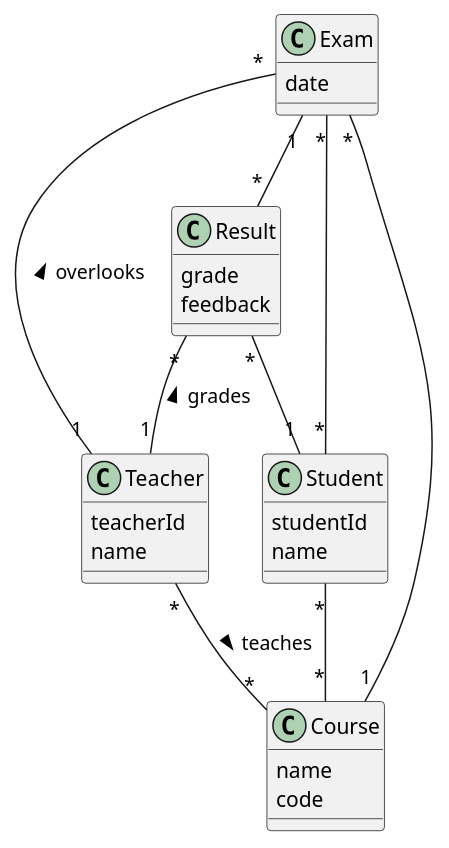
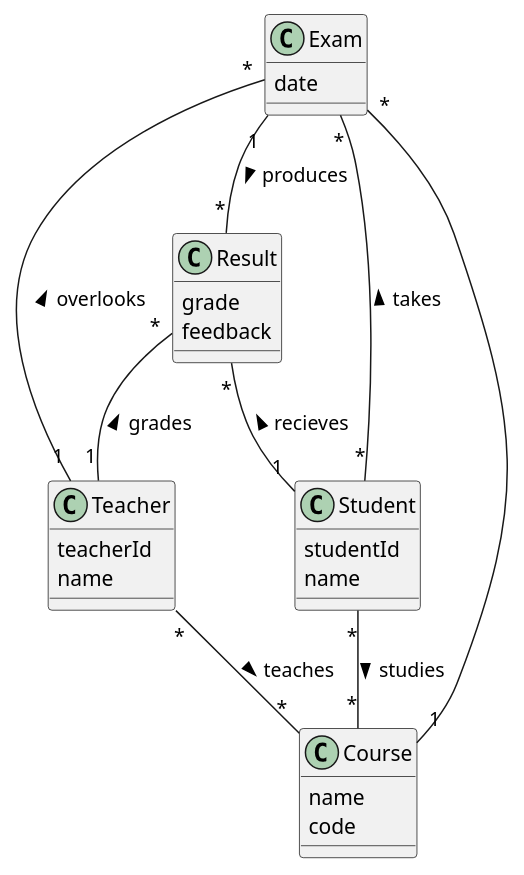
One commit to Fundeluk/nswi041-exams changed the diagram in uml/exam-module.plantuml. Above: the diagram before and after it, drawn with PlantUML. The commit also changed 4 other files, not shown here.

Commit message:
fix uml diagrams

```diff
--- a/uml/exam-module.plantuml
+++ b/uml/exam-module.plantuml
@@ -1,34 +1,34 @@
 @startuml ExamsModule
 class Exam {
   date
 }
 
 class Course {
   name
   code
 }
 
 class Result {
   grade
   feedback
 }
 
 class Student {
   studentId
   name
 }
 
 class Teacher {
   teacherId
   name
 }
 
-Exam "*" -- "*" Student
-Exam "1" -- "*" Result
-Result "*" -- "1" Student
+Exam "*" -- "*" Student : < takes
+Exam "1" -- "*" Result : > produces
+Result "*" -- "1" Student : < recieves
 Exam "*" -- "1" Teacher : < overlooks
 Result "*" -- "1" Teacher : < grades
 Course "1" -- "*" Exam
 Teacher "*" -- "*" Course : > teaches
-Student "*" -- "*" Course
+Student "*" -- "*" Course : > studies
 @enduml
```
